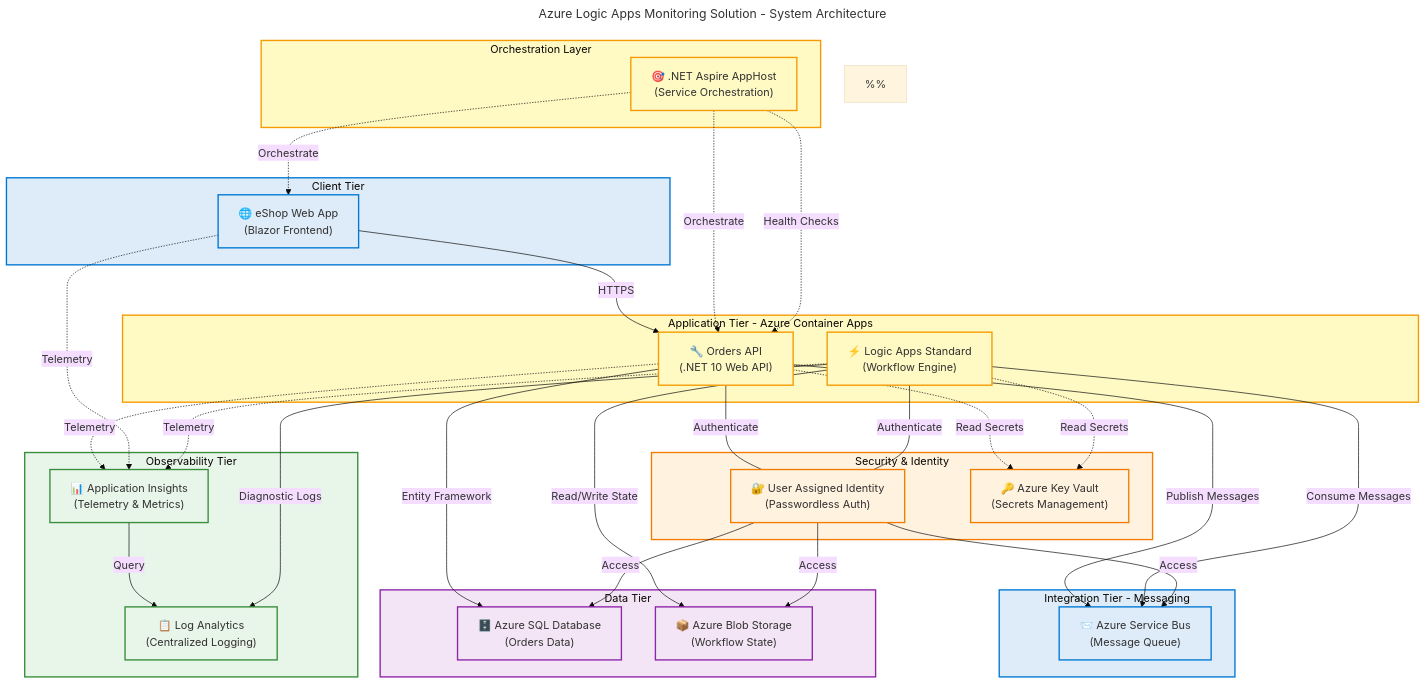
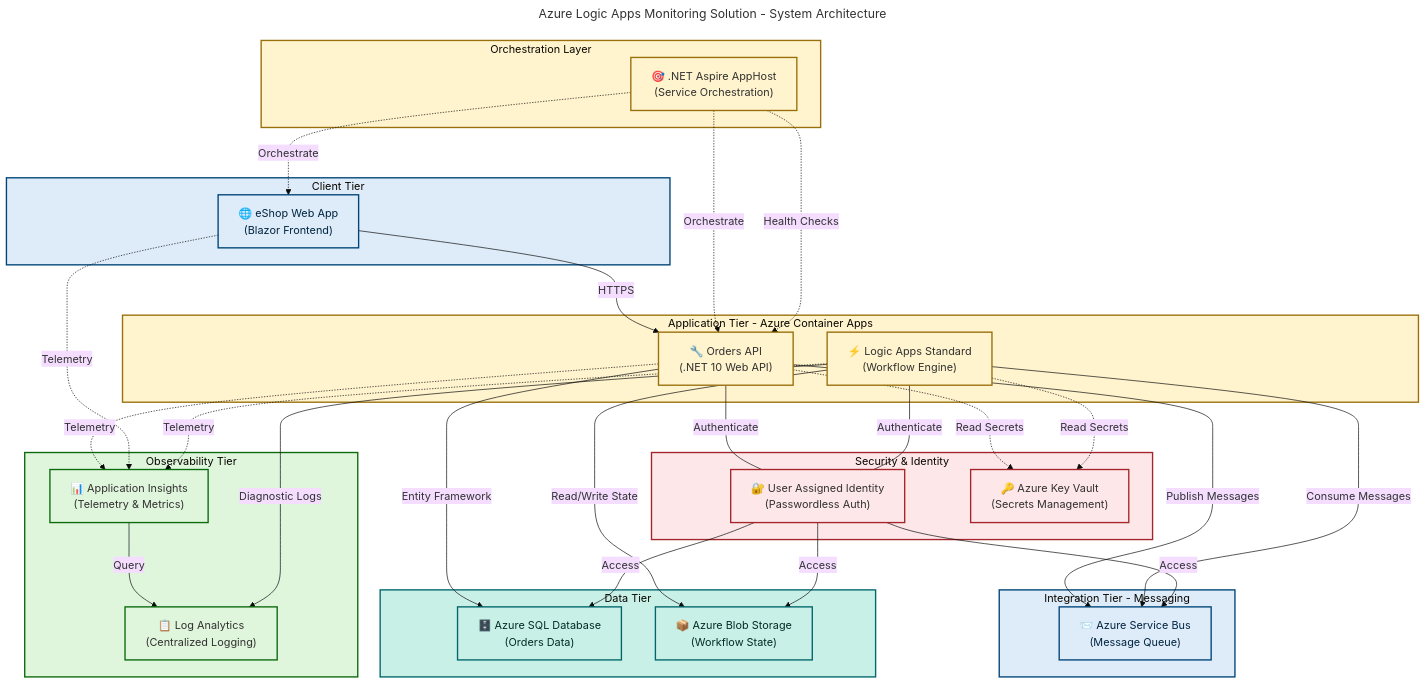
Before and after one commit to Evilazaro/Azure-LogicApps-Monitoring: the first of 3 diagrams in README.md, drawn with Mermaid (base theme). The commit also changed other lines of this file, not shown here.

Commit message:
docs: update architecture diagrams with enhanced semantic color coding and accessibility features

````diff
--- a/README.md
+++ b/README.md
@@ -73,6 +73,13 @@
 graph TB
     accTitle: Azure Logic Apps Monitoring Solution System Architecture
     accDescr: Three-tier architecture diagram showing client tier with Blazor web app, application tier with Orders API and Logic Apps, integration tier with Service Bus, data tier with SQL Database and Blob Storage, observability tier with Application Insights and Log Analytics, security layer with managed identity and Key Vault, and orchestration layer with .NET Aspire AppHost
+
+    %% AZURE / FLUENT ARCHITECTURE PATTERN v1.1
+    %% Semantic + Structural + Font + Accessibility Governance
+    %% Color Scheme: Semantic colors for functional purpose
+    %% Blue (#DEECF9): Client/Network/Integration | Yellow (#FFF4CE): Application/Orchestration
+    %% Teal (#C8F0E7): Data Storage | Green (#DFF6DD): Monitoring/Observability
+    %% Orange (#FDE7E9): Security/Identity
 
     subgraph ClientTier["Client Tier"]
         WebApp["🌐 eShop Web App<br/>(Blazor Frontend)"]
@@ -132,33 +139,35 @@
     OrdersAPI -.->|Read Secrets| KeyVault
     LogicApp -.->|Read Secrets| KeyVault
 
-    style ClientTier fill:#DEECF9,stroke:#0078D4,stroke-width:2px
-    style ApplicationTier fill:#FFF9C4,stroke:#F59B00,stroke-width:2px
-    style IntegrationTier fill:#DEECF9,stroke:#0078D4,stroke-width:2px
-    style DataTier fill:#F3E5F5,stroke:#8E24AA,stroke-width:2px
-    style ObservabilityTier fill:#E8F5E9,stroke:#388E3C,stroke-width:2px
-    style SecurityIdentity fill:#FFF3E0,stroke:#F57C00,stroke-width:2px
-    style OrchestrationLayer fill:#FFF9C4,stroke:#F59B00,stroke-width:2px
+    %% Subgraph styling (hierarchical containers)
+    style ClientTier fill:#DEECF9,stroke:#004578,stroke-width:2px
+    style ApplicationTier fill:#FFF4CE,stroke:#986F0B,stroke-width:2px
+    style IntegrationTier fill:#DEECF9,stroke:#004578,stroke-width:2px
+    style DataTier fill:#C8F0E7,stroke:#00666B,stroke-width:2px
+    style ObservabilityTier fill:#DFF6DD,stroke:#0B6A0B,stroke-width:2px
+    style SecurityIdentity fill:#FDE7E9,stroke:#A4262C,stroke-width:2px
+    style OrchestrationLayer fill:#FFF4CE,stroke:#986F0B,stroke-width:2px
 
-    style WebApp fill:#DEECF9,stroke:#0078D4,stroke-width:2px,color:#323130
-    style OrdersAPI fill:#FFF9C4,stroke:#F59B00,stroke-width:2px,color:#323130
-    style LogicApp fill:#FFF9C4,stroke:#F59B00,stroke-width:2px,color:#323130
-    style ServiceBus fill:#DEECF9,stroke:#0078D4,stroke-width:2px,color:#323130
-    style SQLDatabase fill:#F3E5F5,stroke:#8E24AA,stroke-width:2px,color:#323130
-    style BlobStorage fill:#F3E5F5,stroke:#8E24AA,stroke-width:2px,color:#323130
-    style AppInsights fill:#E8F5E9,stroke:#388E3C,stroke-width:2px,color:#323130
-    style LogAnalytics fill:#E8F5E9,stroke:#388E3C,stroke-width:2px,color:#323130
-    style ManagedIdentity fill:#FFF3E0,stroke:#F57C00,stroke-width:2px,color:#323130
-    style KeyVault fill:#FFF3E0,stroke:#F57C00,stroke-width:2px,color:#323130
-    style Aspire fill:#FFF9C4,stroke:#F59B00,stroke-width:2px,color:#323130
+    %% Content node styling (semantic colors with proper contrast)
+    WebApp:::azureBlue
+    OrdersAPI:::sharedYellow
+    LogicApp:::sharedYellow
+    ServiceBus:::azureBlue
+    SQLDatabase:::presenceTeal
+    BlobStorage:::presenceTeal
+    AppInsights:::successGreen
+    LogAnalytics:::successGreen
+    ManagedIdentity:::warningOrange
+    KeyVault:::warningOrange
+    Aspire:::sharedYellow
 
-    %% Color Palette Documentation
-    %% azureBlue (#DEECF9): Client and Integration tiers
-    %% azureYellow (#FFF9C4): Application tier services and orchestration
-    %% azurePurple (#F3E5F5): Data storage layer
-    %% azureGreen (#E8F5E9): Observability and monitoring
-    %% azureOrange (#FFF3E0): Security and identity
-    %%
-    %% Accessibility: WCAG AA compliant (4.5:1 contrast ratio)
-    %% Icons: Semantic emojis for visual identification
+    %% classDef declarations (AZURE/FLUENT v1.1 - 100-level fills for content nodes)
+    classDef azureBlue fill:#DEECF9,stroke:#004578,stroke-width:2px,color:#002440
+    classDef sharedYellow fill:#FFF4CE,stroke:#986F0B,stroke-width:2px,color:#323130
+    classDef presenceTeal fill:#C8F0E7,stroke:#00666B,stroke-width:2px,color:#002D26
+    classDef successGreen fill:#DFF6DD,stroke:#0B6A0B,stroke-width:2px,color:#323130
+    classDef warningOrange fill:#FDE7E9,stroke:#A4262C,stroke-width:2px,color:#323130
+
+    %% Accessibility: WCAG AA compliant (4.5:1 contrast ratio minimum)
+    %% Icons: Semantic emojis for visual component identification
 ```
````
